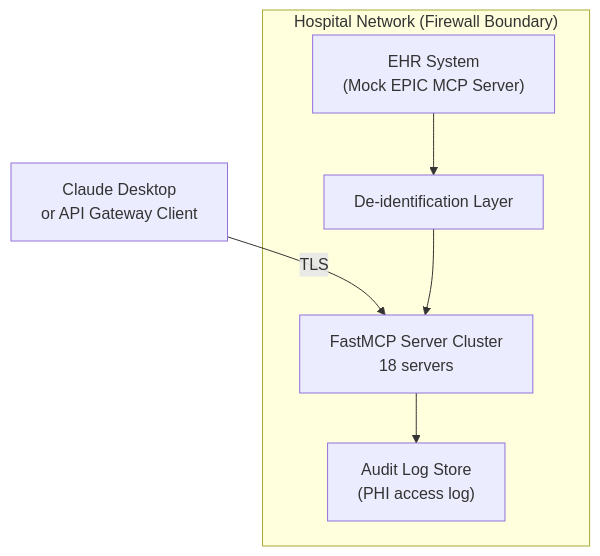
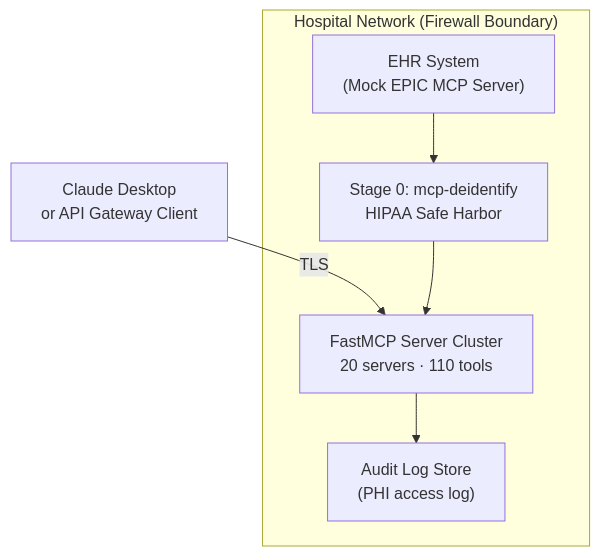
The diagram in docs/for-hospitals/DEPLOYMENT_ARCHITECTURE.md (lynnlangit/spatial-mcp), drawn with Mermaid before and after one commit. The commit also changed other lines of this file and 1 other file, not shown here.

Commit message:
Update hospital docs: server counts 17/18 → 20, add Stage 0 to deployment diagram
SECURITY_OVERVIEW: 17 → 20 MCP Servers in architecture diagram.
DEPLOYMENT_ARCHITECTURE: 18 → 20 servers, rename generic "De-identification
Layer" to explicit "Stage 0: mcp-deidentify", add 110 tools label.

````diff
--- a/docs/for-hospitals/DEPLOYMENT_ARCHITECTURE.md
+++ b/docs/for-hospitals/DEPLOYMENT_ARCHITECTURE.md
@@ -5,14 +5,14 @@
 ```mermaid
 graph TD
     subgraph Hospital["Hospital Network (Firewall Boundary)"]
         EHR["EHR System\n(Mock EPIC MCP Server)"]
-        DEIDENT["De-identification Layer"]
-        MCPCLUSTER["FastMCP Server Cluster\n18 servers"]
+        STAGE0["Stage 0: mcp-deidentify\nHIPAA Safe Harbor"]
+        MCPCLUSTER["FastMCP Server Cluster\n20 servers · 110 tools"]
         AUDIT["Audit Log Store\n(PHI access log)"]
     end
     CLIENT["Claude Desktop\nor API Gateway Client"]
     CLIENT -->|"TLS"| MCPCLUSTER
-    EHR --> DEIDENT
-    DEIDENT --> MCPCLUSTER
+    EHR --> STAGE0
+    STAGE0 --> MCPCLUSTER
     MCPCLUSTER --> AUDIT
 ```
````
